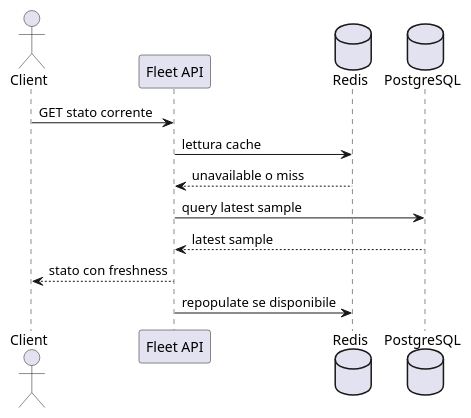
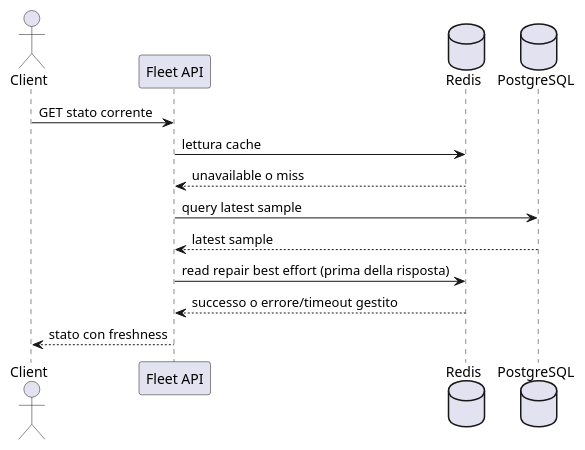
Before and after one commit to val3riot/FleetPulse: the diagram in docs/diagrammi/fallback-redis.puml, drawn with PlantUML. The commit also changed 15 other files, not shown here.

Commit message:
docs(consistency): align FP-055 contracts and diagrams

```diff
--- a/docs/diagrammi/fallback-redis.puml
+++ b/docs/diagrammi/fallback-redis.puml
@@ -1,14 +1,15 @@
 @startuml
 actor Client
 participant "Fleet API" as API
 database Redis
 database PostgreSQL
 
 Client -> API : GET stato corrente
 API -> Redis : lettura cache
 Redis --> API : unavailable o miss
 API -> PostgreSQL : query latest sample
 PostgreSQL --> API : latest sample
+API -> Redis : read repair best effort (prima della risposta)
+Redis --> API : successo o errore/timeout gestito
 API --> Client : stato con freshness
-API -> Redis : repopulate se disponibile
 @enduml
```
